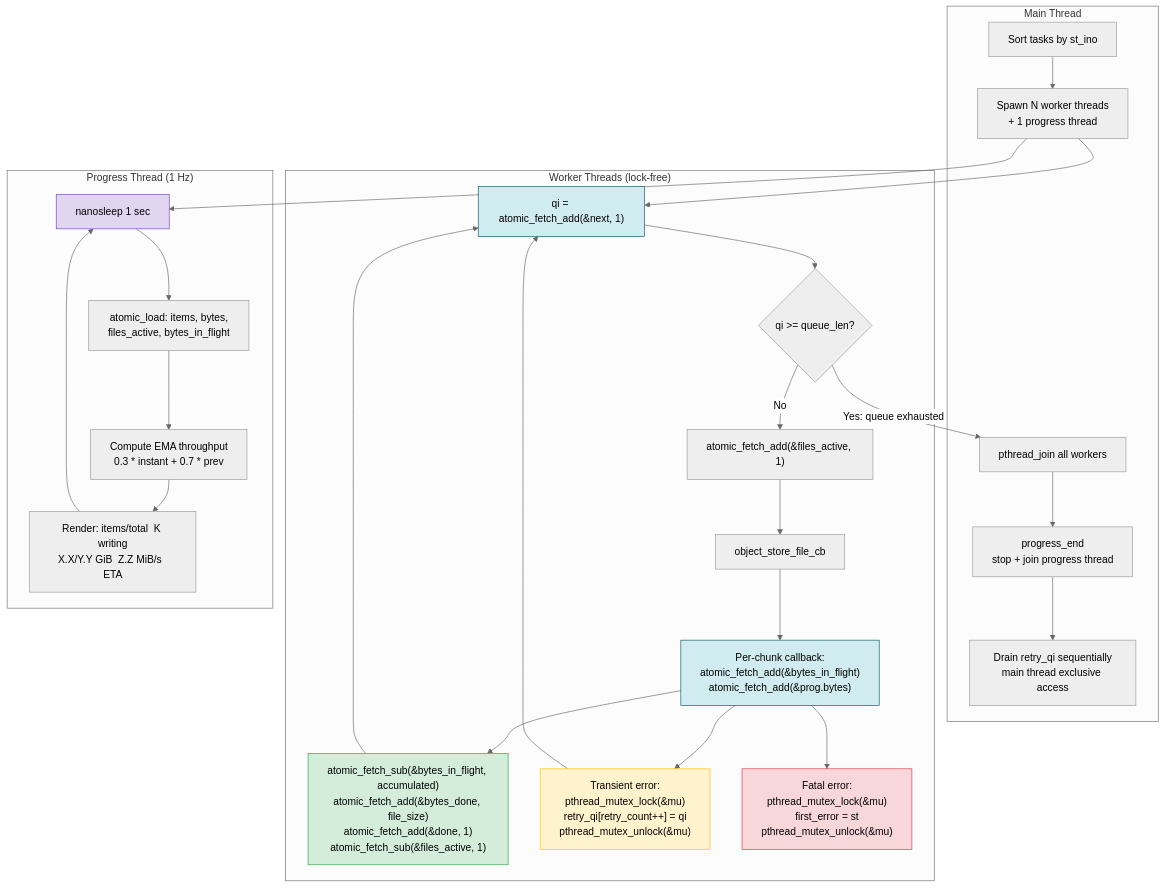
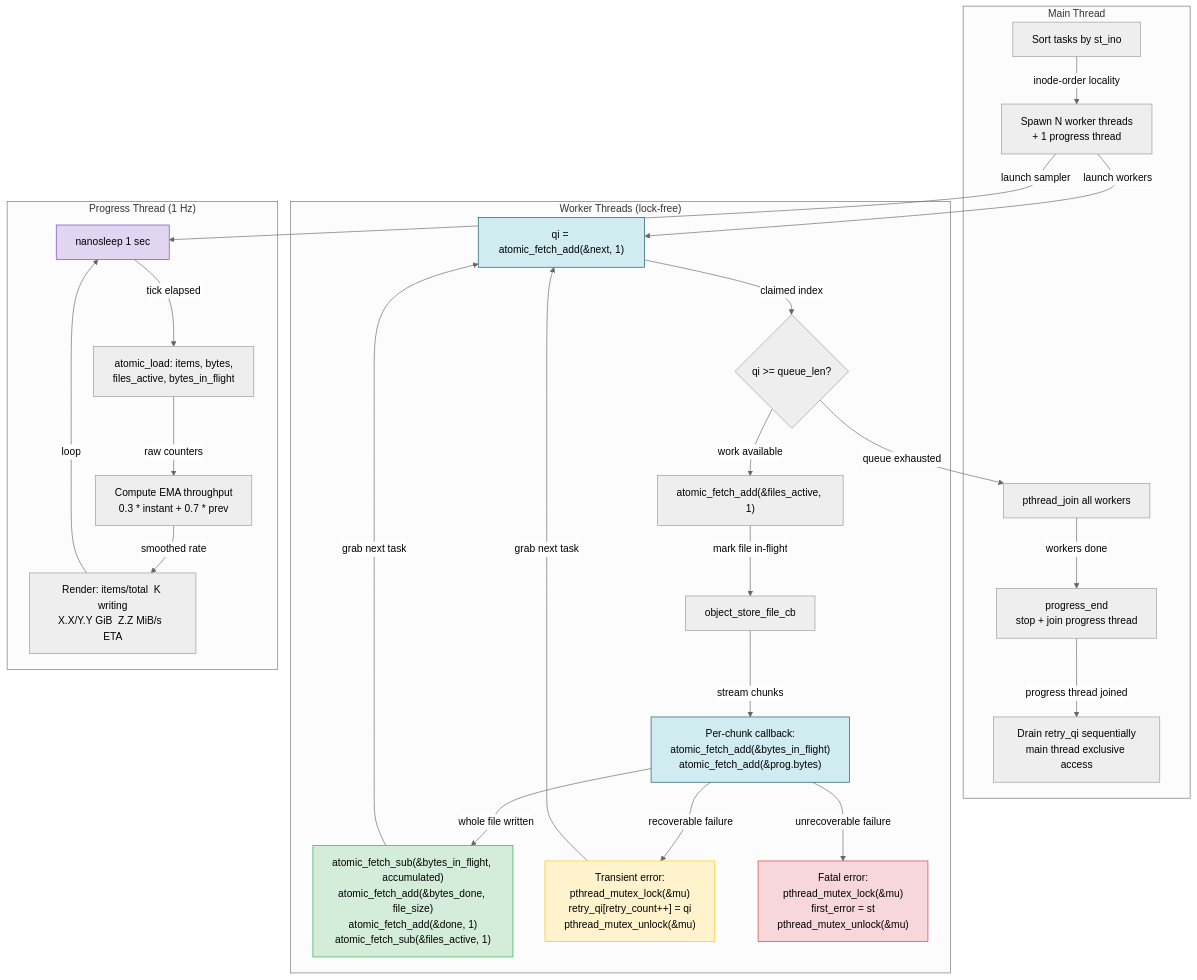
One commit to vifair22/c-backup changed the diagram in diagrams/01-phase3-thread-sync.md. Above: the diagram before and after it, drawn with Mermaid (neutral theme). The commit also changed 11 other files, not shown here.

````diff
--- a/diagrams/01-phase3-thread-sync.md
+++ b/diagrams/01-phase3-thread-sync.md
@@ -5,56 +5,56 @@
 ```mermaid
 flowchart TD
     subgraph "Main Thread"
         SORT["Sort tasks by st_ino"]
         SPAWN["Spawn N worker threads<br/>+ 1 progress thread"]
         JOIN["pthread_join all workers"]
         STOP_PROG["progress_end<br/>stop + join progress thread"]
         DRAIN["Drain retry_qi sequentially<br/>main thread exclusive access"]
     end
 
     subgraph "Worker Threads (lock-free)"
         CLAIM["qi = atomic_fetch_add(&next, 1)"]
         CHECK{"qi >= queue_len?"}
         ACTIVE["atomic_fetch_add(&files_active, 1)"]
         STORE["object_store_file_cb"]
         CHUNK["Per-chunk callback:<br/>atomic_fetch_add(&bytes_in_flight)<br/>atomic_fetch_add(&prog.bytes)"]
         
         SUCCESS["atomic_fetch_sub(&bytes_in_flight, accumulated)<br/>atomic_fetch_add(&bytes_done, file_size)<br/>atomic_fetch_add(&done, 1)<br/>atomic_fetch_sub(&files_active, 1)"]
         
         TRANSIENT["Transient error:<br/>pthread_mutex_lock(&mu)<br/>retry_qi[retry_count++] = qi<br/>pthread_mutex_unlock(&mu)"]
         
         FATAL["Fatal error:<br/>pthread_mutex_lock(&mu)<br/>first_error = st<br/>pthread_mutex_unlock(&mu)"]
     end
 
     subgraph "Progress Thread (1 Hz)"
         SAMPLE["nanosleep 1 sec"]
         READ["atomic_load: items, bytes,<br/>files_active, bytes_in_flight"]
         EMA["Compute EMA throughput<br/>0.3 * instant + 0.7 * prev"]
         DISPLAY["Render: items/total  K writing<br/>X.X/Y.Y GiB  Z.Z MiB/s  ETA"]
     end
 
-    SORT --> SPAWN
-    SPAWN --> CLAIM
-    SPAWN --> SAMPLE
+    SORT -->|inode-order locality| SPAWN
+    SPAWN -->|launch workers| CLAIM
+    SPAWN -->|launch sampler| SAMPLE
 
-    CLAIM --> CHECK
-    CHECK -- "No" --> ACTIVE --> STORE
-    STORE --> CHUNK
-    CHUNK --> SUCCESS
-    CHUNK --> TRANSIENT
-    CHUNK --> FATAL
-    SUCCESS --> CLAIM
-    TRANSIENT --> CLAIM
-    CHECK -- "Yes: queue exhausted" --> JOIN
+    CLAIM -->|claimed index| CHECK
+    CHECK -- "work available" --> ACTIVE -->|mark file in-flight| STORE
+    STORE -->|stream chunks| CHUNK
+    CHUNK -->|whole file written| SUCCESS
+    CHUNK -->|recoverable failure| TRANSIENT
+    CHUNK -->|unrecoverable failure| FATAL
+    SUCCESS -->|grab next task| CLAIM
+    TRANSIENT -->|grab next task| CLAIM
+    CHECK -- "queue exhausted" --> JOIN
 
-    SAMPLE --> READ --> EMA --> DISPLAY --> SAMPLE
+    SAMPLE -->|tick elapsed| READ -->|raw counters| EMA -->|smoothed rate| DISPLAY -->|loop| SAMPLE
 
-    JOIN --> STOP_PROG --> DRAIN
+    JOIN -->|workers done| STOP_PROG -->|progress thread joined| DRAIN
 
     style CLAIM fill:#d1ecf1,stroke:#0c5460
     style CHUNK fill:#d1ecf1,stroke:#0c5460
     style SUCCESS fill:#d4edda,stroke:#28a745
     style TRANSIENT fill:#fff3cd,stroke:#ffc107
     style FATAL fill:#f8d7da,stroke:#dc3545
     style SAMPLE fill:#e2d5f1,stroke:#6f42c1
 ```
````
